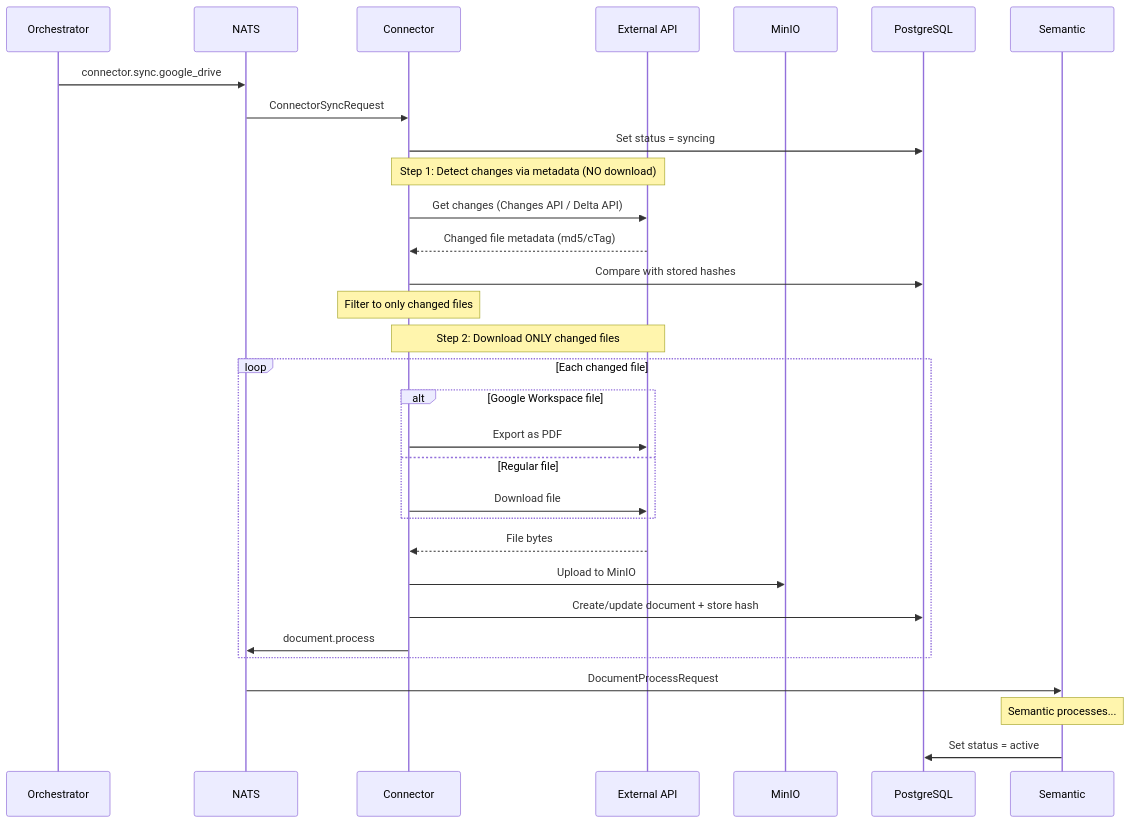
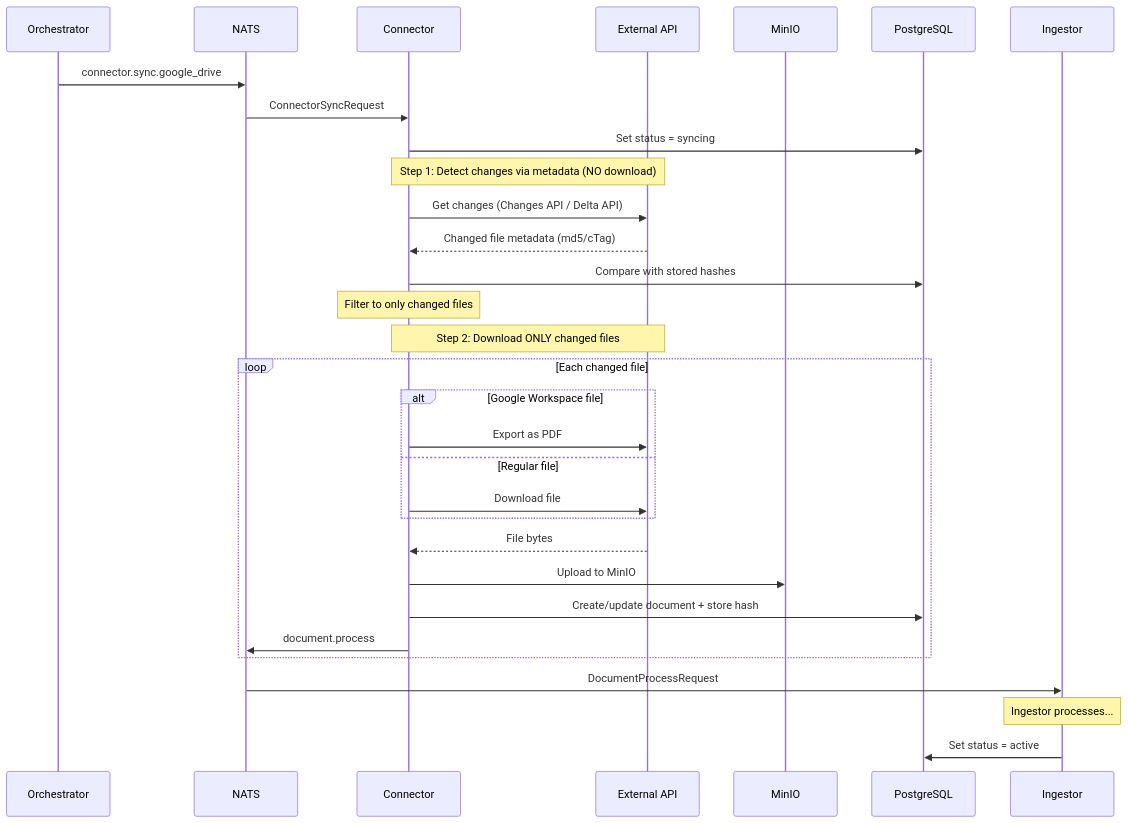
The second of 2 diagrams in docs/services/connector-service.md (gen-mind/echo-mind), drawn with Mermaid before and after one commit. The commit also changed other lines of this file and 4 other files, not shown here.

Commit message:
migration from semantic to ingestor

````diff
--- a/docs/services/connector-service.md
+++ b/docs/services/connector-service.md
@@ -67,39 +67,39 @@
 ```mermaid
 sequenceDiagram
     participant O as Orchestrator
     participant N as NATS
     participant C as Connector
     participant API as External API
     participant M as MinIO
     participant DB as PostgreSQL
-    participant S as Semantic
+    participant S as Ingestor
 
     O->>N: connector.sync.google_drive
     N->>C: ConnectorSyncRequest
 
     C->>DB: Set status = syncing
 
     Note over C,API: Step 1: Detect changes via metadata (NO download)
     C->>API: Get changes (Changes API / Delta API)
     API-->>C: Changed file metadata (md5/cTag)
     C->>DB: Compare with stored hashes
     Note over C: Filter to only changed files
 
     Note over C,API: Step 2: Download ONLY changed files
     loop Each changed file
         alt Google Workspace file
             C->>API: Export as PDF
         else Regular file
             C->>API: Download file
         end
         API-->>C: File bytes
         C->>M: Upload to MinIO
         C->>DB: Create/update document + store hash
         C->>N: document.process
     end
 
     N->>S: DocumentProcessRequest
-    Note over S: Semantic processes...
+    Note over S: Ingestor processes...
 
     S->>DB: Set status = active
 ```
````
